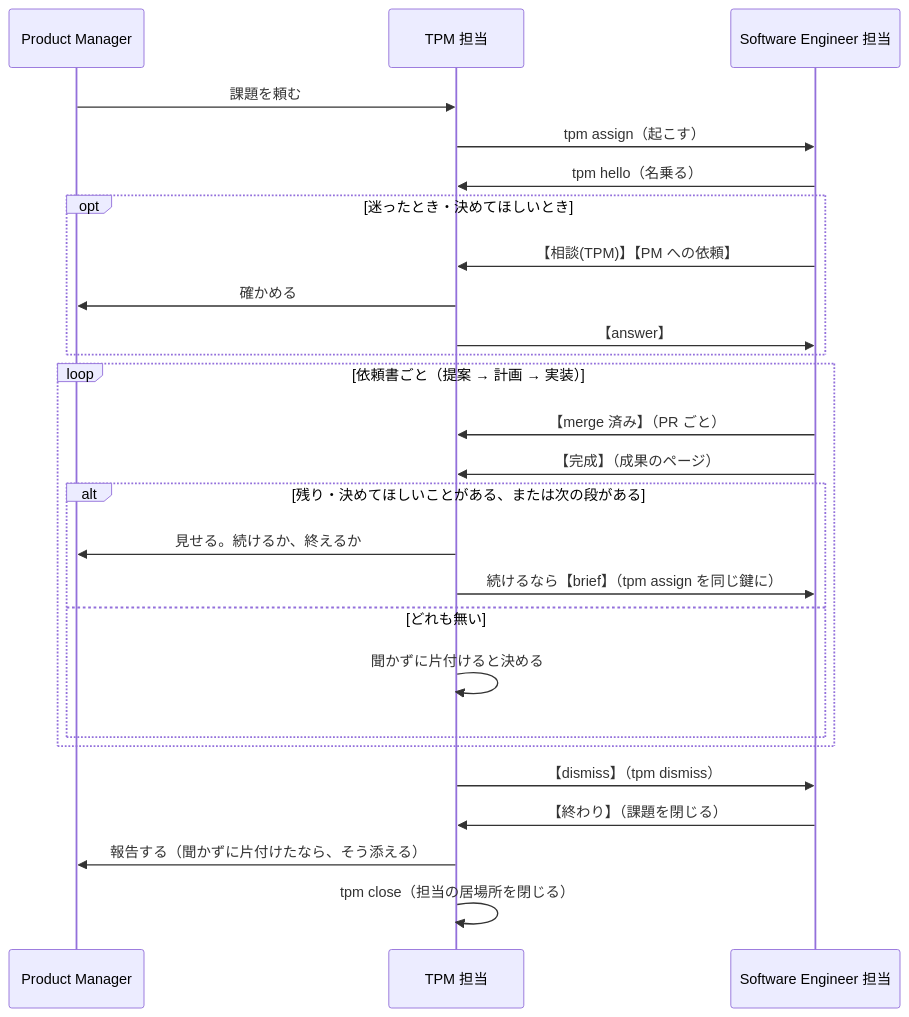
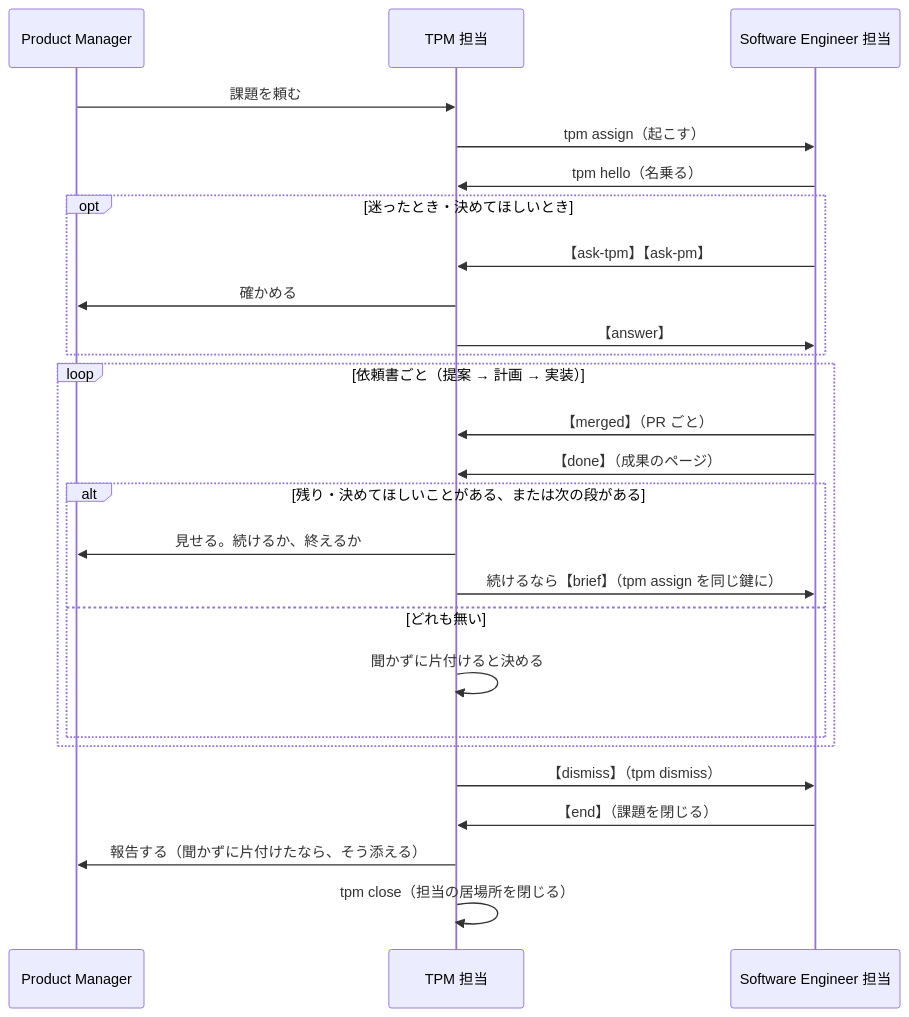
One commit to uraitakahito/roster changed the second of 2 diagrams in docs-site/src/content/docs/protocol.md. Above: the diagram before and after it, drawn with Mermaid. The commit also changed 16 other files, not shown here.

````diff
--- a/docs-site/src/content/docs/protocol.md
+++ b/docs-site/src/content/docs/protocol.md
@@ -69,28 +69,28 @@
 ```mermaid
 sequenceDiagram
   participant PM as Product Manager
   participant TPM as TPM 担当
   participant SE as Software Engineer 担当
   PM->>TPM: 課題を頼む
   TPM->>SE: tpm assign（起こす）
   SE->>TPM: tpm hello（名乗る）
   opt 迷ったとき・決めてほしいとき
-    SE->>TPM: 【相談(TPM)】【PM への依頼】
+    SE->>TPM: 【ask-tpm】【ask-pm】
     TPM->>PM: 確かめる
     TPM->>SE: 【answer】
   end
   loop 依頼書ごと（提案 → 計画 → 実装）
-    SE->>TPM: 【merge 済み】（PR ごと）
-    SE->>TPM: 【完成】（成果のページ）
+    SE->>TPM: 【merged】（PR ごと）
+    SE->>TPM: 【done】（成果のページ）
     alt 残り・決めてほしいことがある、または次の段がある
       TPM->>PM: 見せる。続けるか、終えるか
       TPM->>SE: 続けるなら【brief】（tpm assign を同じ鍵に）
     else どれも無い
       TPM->>TPM: 聞かずに片付けると決める
     end
   end
   TPM->>SE: 【dismiss】（tpm dismiss）
-  SE->>TPM: 【終わり】（課題を閉じる）
+  SE->>TPM: 【end】（課題を閉じる）
   TPM->>PM: 報告する（聞かずに片付けたなら、そう添える）
   TPM->>TPM: tpm close（担当の居場所を閉じる）
 ```
````
